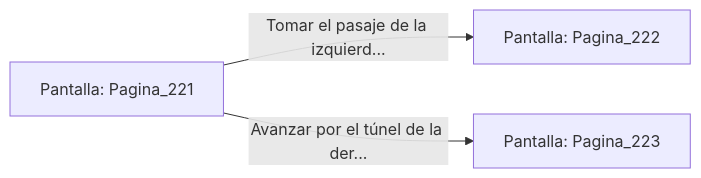
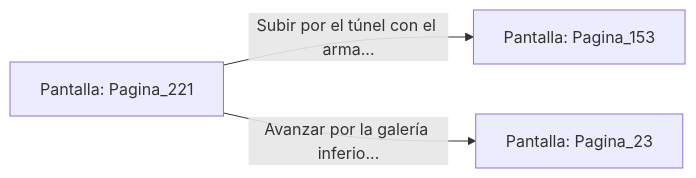
The diagram in sample/eligejuego-vault/Pantalla_Pagina_221.md (metsuke/mpl), drawn with Mermaid before and after one commit. The commit also changed other lines of this file and 635 other files, not shown here.

First line of the commit message:
fix: añadir Pagina_1 como pantalla inicial en capitulo_01.mpl

````diff
--- a/sample/eligejuego-vault/Pantalla_Pagina_221.md
+++ b/sample/eligejuego-vault/Pantalla_Pagina_221.md
@@ -20,6 +24,6 @@
 ```mermaid
 graph LR
     P_Pagina_221["Pantalla: Pagina_221"]
-    P_Pagina_221 -->|"Tomar el pasaje de la izquierd..."| P_Pagina_222["Pantalla: Pagina_222"]
-    P_Pagina_221 -->|"Avanzar por el túnel de la der..."| P_Pagina_223["Pantalla: Pagina_223"]
+    P_Pagina_221 -->|"Subir por el túnel con el arma..."| P_Pagina_153["Pantalla: Pagina_153"]
+    P_Pagina_221 -->|"Avanzar por la galería inferio..."| P_Pagina_23["Pantalla: Pagina_23"]
 ```
````
